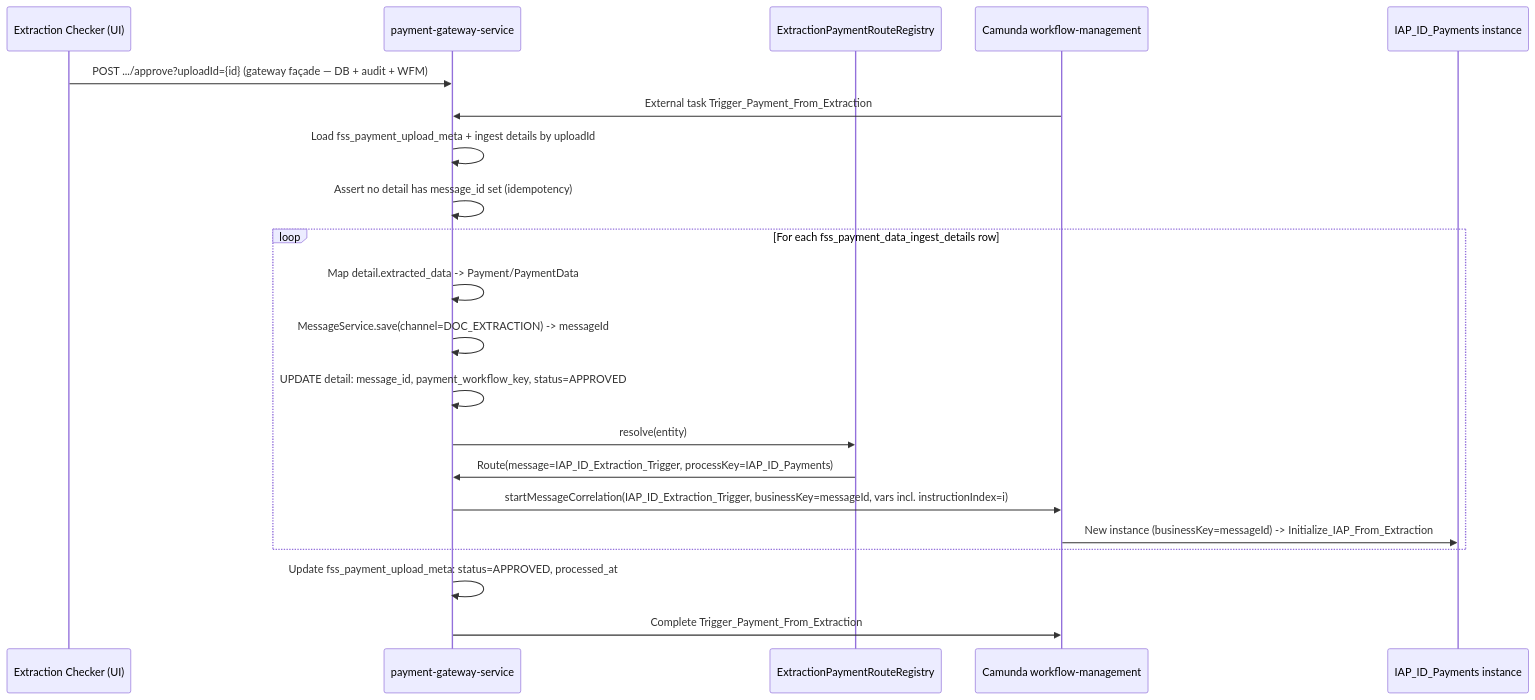
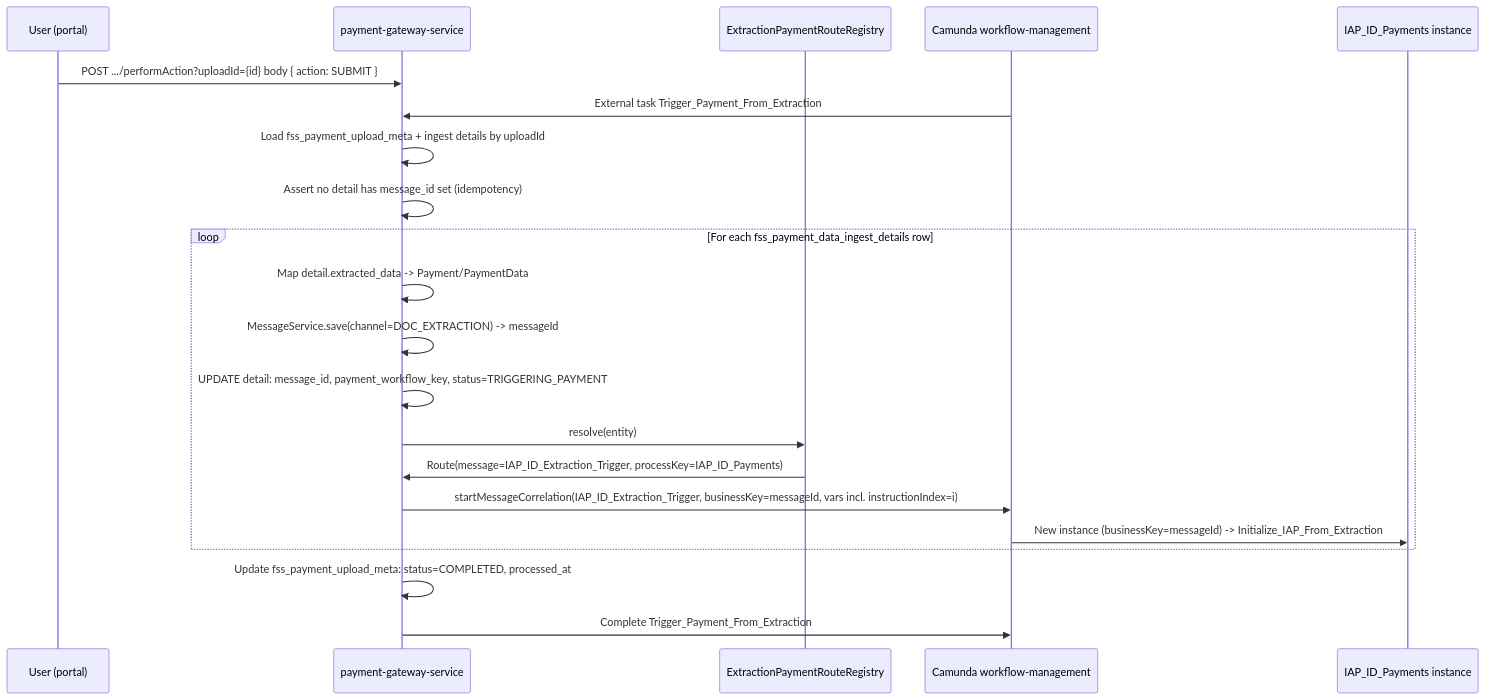
The fifth of 7 diagrams in final/IDP_LLD.md (suresh0731/payment), drawn with Mermaid before and after one commit. The commit also changed other lines of this file and 6 other files, not shown here.

````diff
--- a/final/IDP_LLD.md
+++ b/final/IDP_LLD.md
@@ -225,25 +219,25 @@
 ```mermaid
 sequenceDiagram
-    participant CK as Extraction Checker (UI)
+    participant UI as User (portal)
     participant GW as payment-gateway-service
     participant REG as ExtractionPaymentRouteRegistry
     participant WFM as Camunda workflow-management
     participant PAY as IAP_ID_Payments instance
 
-    CK->>GW: POST .../approve?uploadId={id} (gateway façade — DB + audit + WFM)
+    UI->>GW: POST .../performAction?uploadId={id} body { action: SUBMIT }
     WFM->>GW: External task Trigger_Payment_From_Extraction
     GW->>GW: Load fss_payment_upload_meta + ingest details by uploadId
     GW->>GW: Assert no detail has message_id set (idempotency)
     loop For each fss_payment_data_ingest_details row
       GW->>GW: Map detail.extracted_data -> Payment/PaymentData
       GW->>GW: MessageService.save(channel=DOC_EXTRACTION) -> messageId
-      GW->>GW: UPDATE detail: message_id, payment_workflow_key, status=APPROVED
+      GW->>GW: UPDATE detail: message_id, payment_workflow_key, status=TRIGGERING_PAYMENT
       GW->>REG: resolve(entity)
       REG->>GW: Route(message=IAP_ID_Extraction_Trigger, processKey=IAP_ID_Payments)
       GW->>WFM: startMessageCorrelation(IAP_ID_Extraction_Trigger, businessKey=messageId, vars incl. instructionIndex=i)
       WFM->>PAY: New instance (businessKey=messageId) -> Initialize_IAP_From_Extraction
     end
-    GW->>GW: Update fss_payment_upload_meta: status=APPROVED, processed_at
+    GW->>GW: Update fss_payment_upload_meta: status=COMPLETED, processed_at
     GW->>WFM: Complete Trigger_Payment_From_Extraction
 
 ```
````
